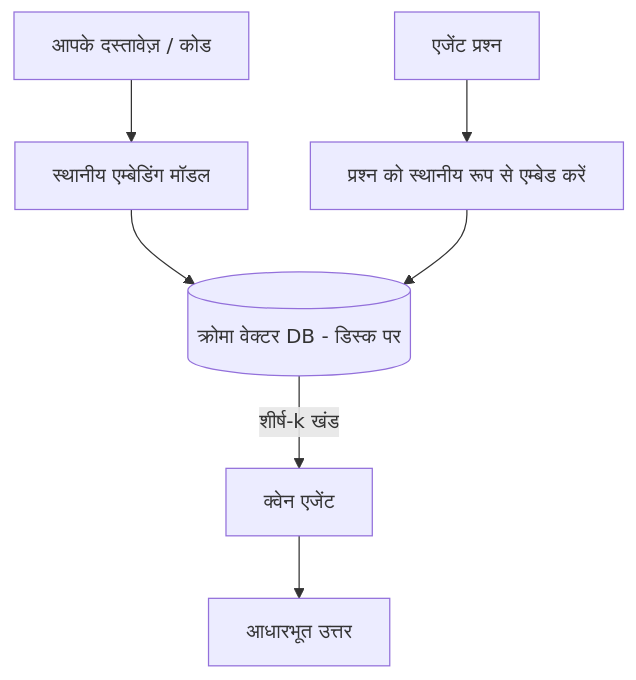
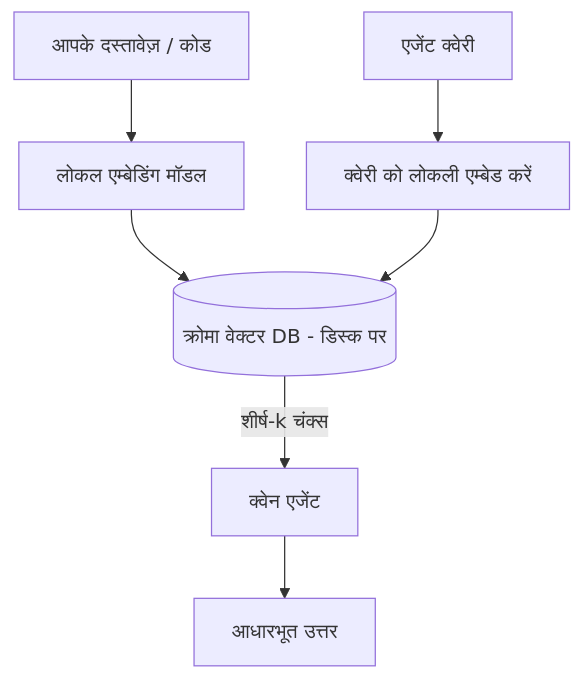
One commit to gabrielmoreira/agent-skills-mirror changed the third of 4 diagrams in mirrors/repos/microsoft@ai-agents-for-beginners/translations/hi/17-creating-local-ai-agents/README.md. Above: the diagram before and after it, drawn with Mermaid. The commit also changed other lines of this file and 4262 other files, not shown here.

````diff
--- a/mirrors/repos/microsoft@ai-agents-for-beginners/translations/hi/17-creating-local-ai-agents/README.md
+++ b/mirrors/repos/microsoft@ai-agents-for-beginners/translations/hi/17-creating-local-ai-agents/README.md
@@ -125,9 +125,9 @@
 ```mermaid
 flowchart TB
-    D[आपके दस्तावेज़ / कोड] --> E[स्थानीय एम्बेडिंग मॉडल]
+    D[आपके दस्तावेज़ / कोड] --> E[लोकल एम्बेडिंग मॉडल]
     E --> V[(क्रोमा वेक्टर DB - डिस्क पर)]
-    Q[एजेंट प्रश्न] --> QE[प्रश्न को स्थानीय रूप से एम्बेड करें]
+    Q[एजेंट क्वेरी] --> QE[क्वेरी को लोकली एम्बेड करें]
     QE --> V
-    V -->|शीर्ष-k खंड| A[क्वेन एजेंट]
+    V -->|शीर्ष-k चंक्स| A[क्वेन एजेंट]
     A --> Ans[आधारभूत उत्तर]
 ```
````
